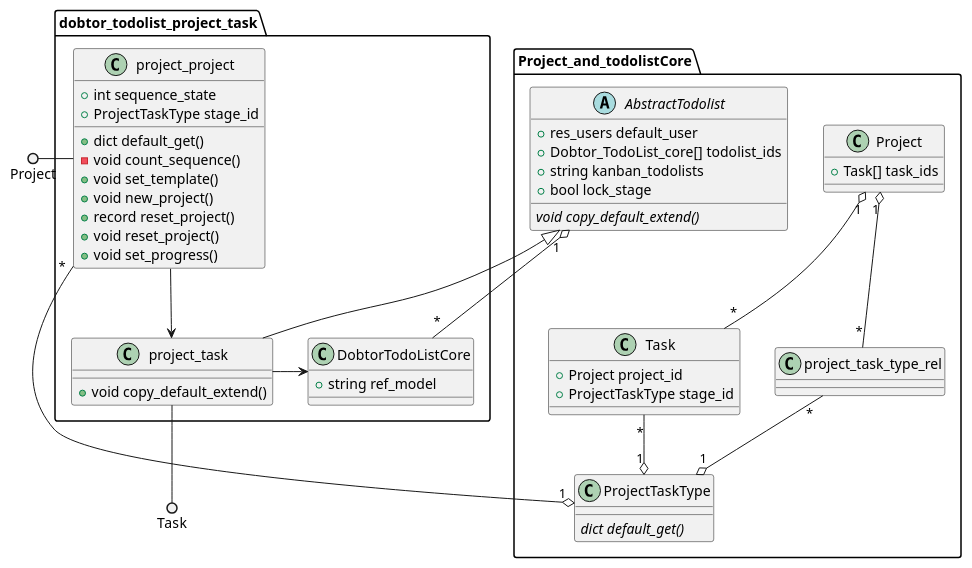
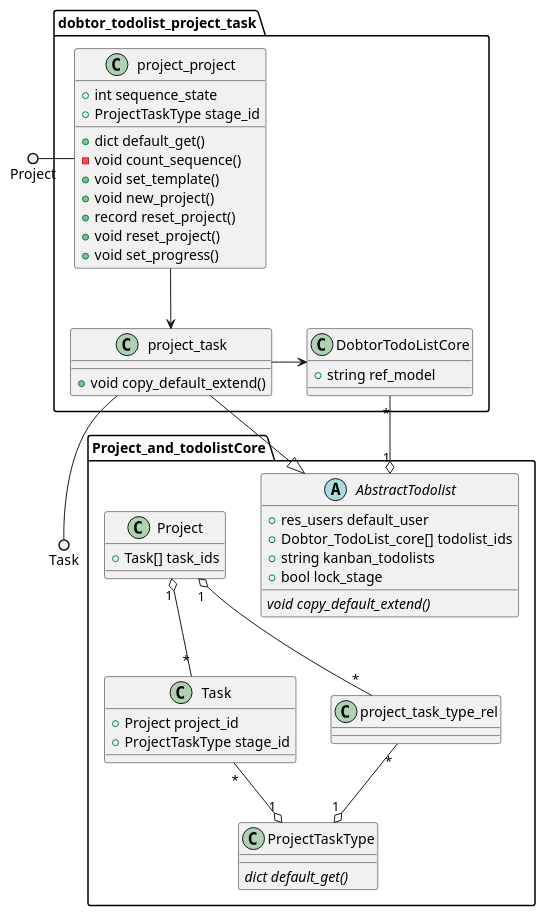
The diagram in dobtor_todolist_project_task/doc/uml.wsd (Dobtor/ProductivityTools), drawn with PlantUML before and after one commit. The commit also changed 1 other file, not shown here.

Commit message:
[FIX][ADD] todo_list : add todolist and fix uml

```diff
--- a/dobtor_todolist_project_task/doc/uml.wsd
+++ b/dobtor_todolist_project_task/doc/uml.wsd
@@ -1,73 +1,73 @@
 @startuml
 ' skinparam monochrome true
 ' skinparam handwritten true
 ' skinparam packageFontColor red
 
 package Project_and_todolistCore{
 
     
     Class Task {
         + Project project_id
         + ProjectTaskType stage_id
     }
 
 
     abstract class AbstractTodolist {
         + res_users default_user
         + Dobtor_TodoList_core[] todolist_ids
         + string kanban_todolists
         + bool lock_stage
         {abstract} void copy_default_extend()
     }
 
 
     Class Project {
         + Task[] task_ids 
     }
 
     Class project_task_type_rel {
 
     }
 
     Class ProjectTaskType {
         {abstract} dict default_get()
     }
 
 
 }
 
 package dobtor_todolist_project_task {
     Class project_project {
         + int sequence_state
         + ProjectTaskType stage_id
         + dict default_get()
         - void count_sequence()
         + void set_template()
         + void new_project()
         + record reset_project()
         + void reset_project()
         + void set_progress()
     }
 
     Class DobtorTodoListCore {
         + string ref_model
     }
 
     Class project_task {
         + void copy_default_extend()
     }
 } 
 
 project_task --|> AbstractTodolist
 Task "*" --o "1" ProjectTaskType
 Project "1" o-- "*" Task
 Project "1" o-- "*" project_task_type_rel
 project_task_type_rel "*" --o "1" ProjectTaskType
 Project ()- project_project
-ProjectTaskType "1" o-- "*" project_project
+' ProjectTaskType "1" o-- "*" project_project
 project_task --() Task
 AbstractTodolist "1" o-- "*" DobtorTodoListCore
 ' ProjectTaskType <|- project_task
 project_project --> project_task
 project_task -> DobtorTodoListCore
 @enduml
```
